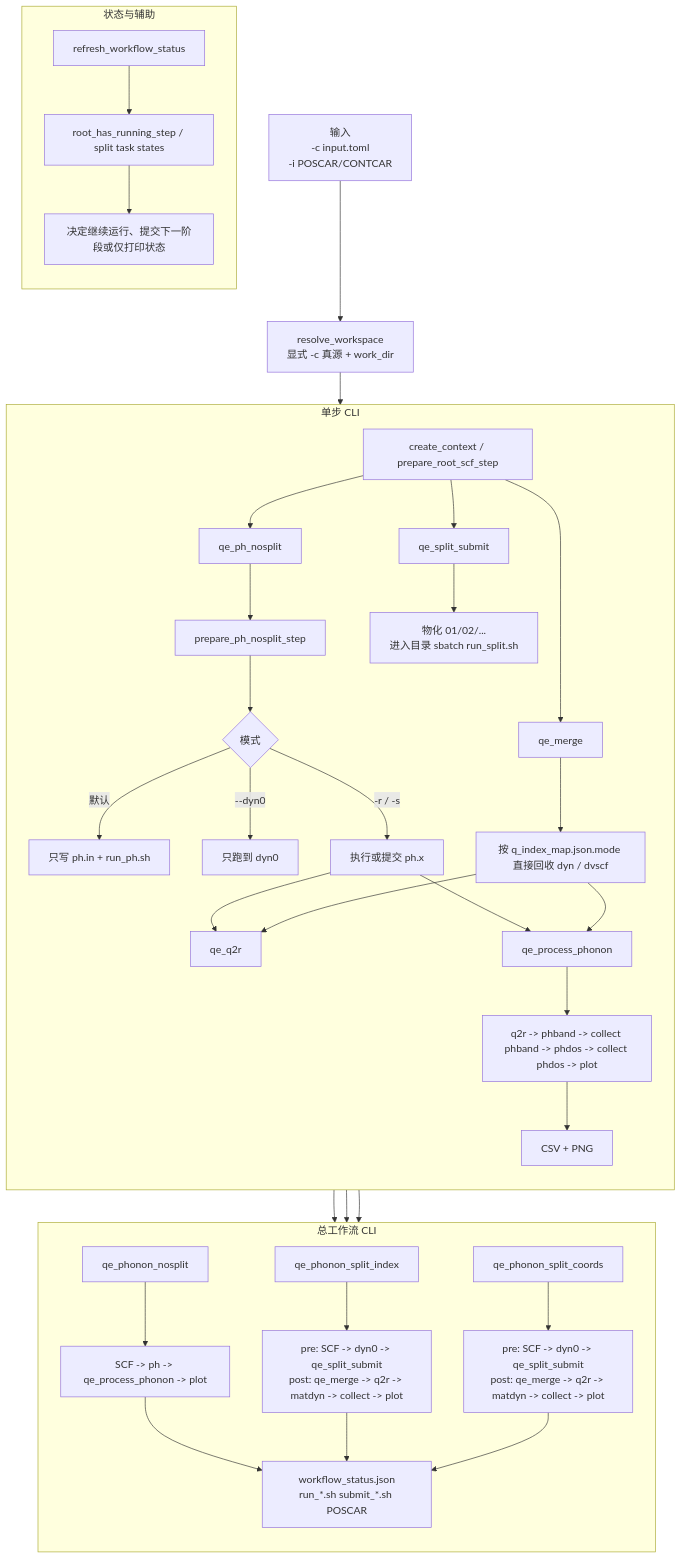
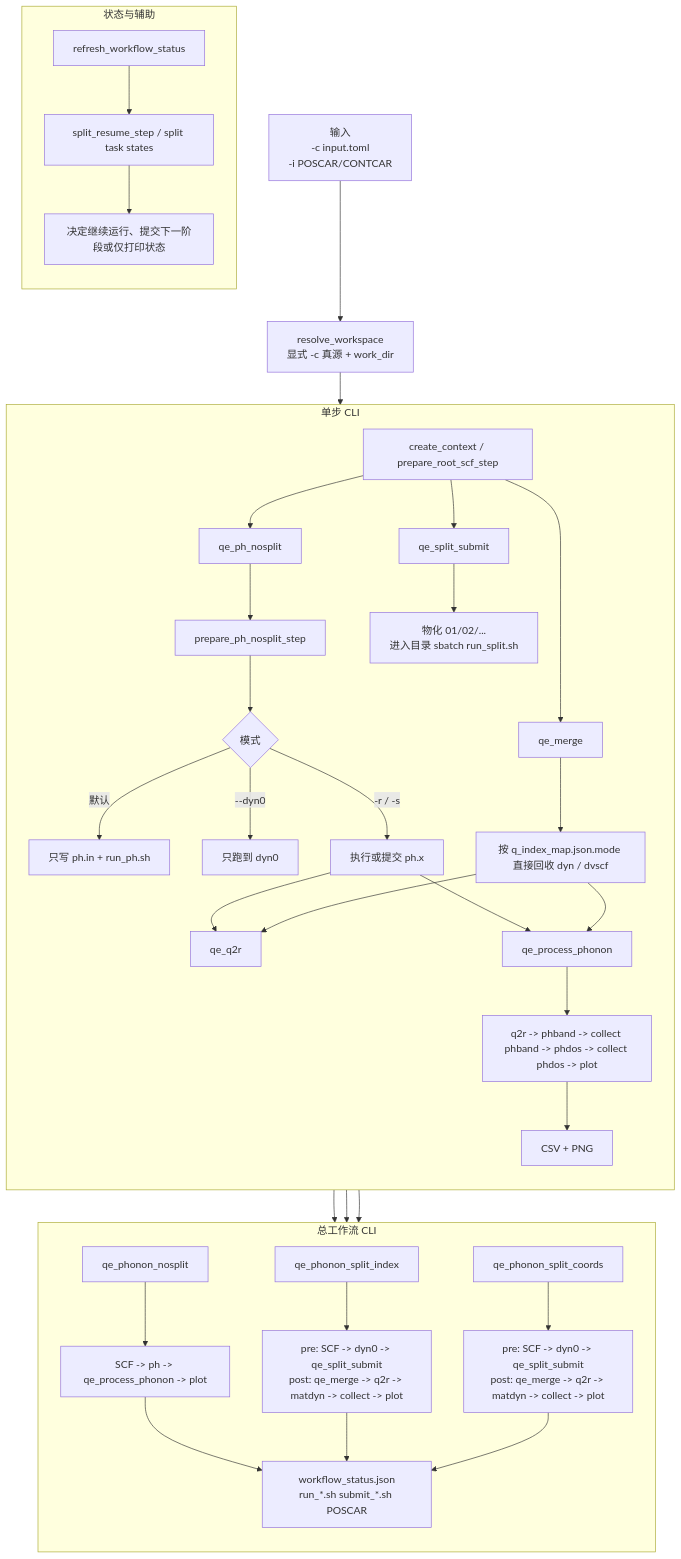
Before and after one commit to JLU-ICCMS-MaYuan/dftflow: the diagram in qeflow/phonon/phonon-cli-flow.mmd, drawn with Mermaid. The commit also changed 17 other files, not shown here.

```diff
--- a/qeflow/phonon/phonon-cli-flow.mmd
+++ b/qeflow/phonon/phonon-cli-flow.mmd
@@ -1,46 +1,46 @@
 flowchart TD
     A["输入<br/>-c input.toml<br/>-i POSCAR/CONTCAR"] --> B["resolve_workspace<br/>显式 -c 真源 + work_dir"]
     B --> C["create_context / prepare_root_scf_step"]
 
     subgraph P0["单步 CLI"]
         direction TD
         C --> P1["qe_ph_nosplit"]
         P1 --> P1A["prepare_ph_nosplit_step"]
         P1A --> P1B{"模式"}
         P1B -->|默认| P1C["只写 ph.in + run_ph.sh"]
         P1B -->| --dyn0 | P1D["只跑到 dyn0"]
         P1B -->| -r / -s | P1E["执行或提交 ph.x"]
 
         C --> P4["qe_merge"]
         P4 --> P4A["按 q_index_map.json.mode 直接回收 dyn / dvscf"]
         C --> P4B["qe_split_submit"]
         P4B --> P4C["物化 01/02/...<br/>进入目录 sbatch run_split.sh"]
 
         P1E --> P5["qe_q2r"]
         P4A --> P5
         P1E --> P6["qe_process_phonon"]
         P4A --> P6
         P6 --> P6A["q2r -> phband -> collect phband -> phdos -> collect phdos -> plot"]
         P6A --> P6B["CSV + PNG"]
     end
 
     subgraph P8["总工作流 CLI"]
         direction TD
         C --> W1["qe_phonon_nosplit"]
         C --> W2["qe_phonon_split_index"]
         C --> W3["qe_phonon_split_coords"]
 
         W1 --> W1A["SCF -> ph -> qe_process_phonon -> plot"]
         W2 --> W2A["pre: SCF -> dyn0 -> qe_split_submit<br/>post: qe_merge -> q2r -> matdyn -> collect -> plot"]
         W3 --> W3A["pre: SCF -> dyn0 -> qe_split_submit<br/>post: qe_merge -> q2r -> matdyn -> collect -> plot"]
 
         W1A --> WS["workflow_status.json<br/>run_*.sh submit_*.sh POSCAR"]
         W2A --> WS
         W3A --> WS
     end
 
     subgraph P9["状态与辅助"]
         direction TD
-        H1["refresh_workflow_status"] --> H2["root_has_running_step / split task states"]
+        H1["refresh_workflow_status"] --> H2["split_resume_step / split task states"]
         H2 --> H3["决定继续运行、提交下一阶段或仅打印状态"]
     end
```
